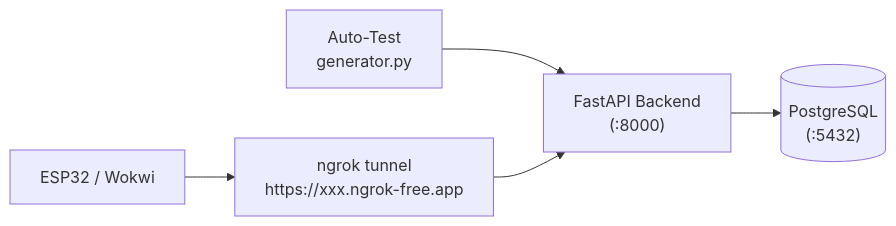
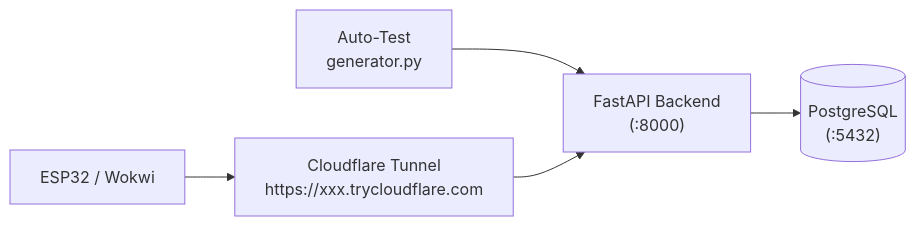
The diagram in docs/data_flow.md (Jaxonce/projet-iot-esgi-mlanone), drawn with Mermaid before and after one commit. The commit also changed 2 other files, not shown here.

Commit message:
update README and data flow diagram to replace ngrok with Cloudflare Tunnel

````diff
--- a/docs/data_flow.md
+++ b/docs/data_flow.md
@@ -3,8 +3,8 @@
 ```mermaid
 flowchart LR
-    ESP["ESP32 / Wokwi"] --> NGROK["ngrok tunnel\nhttps://xxx.ngrok-free.app"]
+    ESP["ESP32 / Wokwi"] --> NGROK["Cloudflare Tunnel\nhttps://xxx.trycloudflare.com"]
     GEN["Auto-Test\ngenerator.py"] --> API
 
     NGROK --> API["FastAPI Backend\n(:8000)"]
     API --> DB[("PostgreSQL\n(:5432)")]
 ```
````
